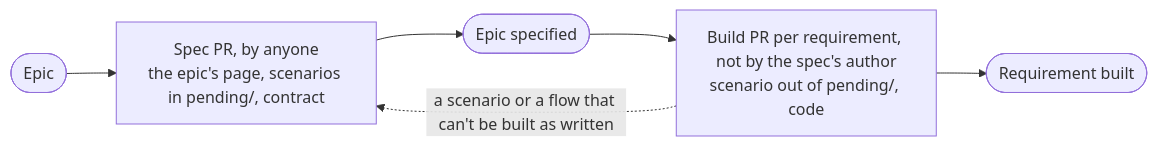
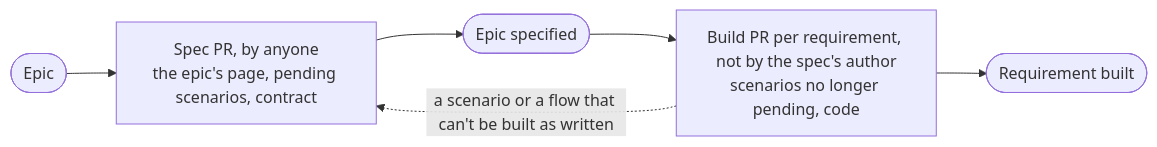
The diagram in shared/docs/workflow.md (nca-apprentices/jjforge), drawn with Mermaid before and after one commit. The commit also changed other lines of this file and 13 other files, not shown here.

First line of the commit message:
test(e2e): name each scenario after its requirement

````diff
--- a/shared/docs/workflow.md
+++ b/shared/docs/workflow.md
@@ -45,10 +45,10 @@
 ```mermaid
 flowchart LR
     epic(["Epic"])
-    spec["Spec PR, by anyone<br/>the epic's page, scenarios in pending/, contract"]
+    spec["Spec PR, by anyone<br/>the epic's page, pending scenarios, contract"]
     specified(["Epic specified"])
-    build["Build PR per requirement, not by the spec's author<br/>scenario out of pending/, code"]
+    build["Build PR per requirement, not by the spec's author<br/>scenarios no longer pending, code"]
     built(["Requirement built"])
     epic --> spec --> specified --> build --> built
     build -. "a scenario or a flow that can't be built as written" .-> spec
 ```
````
